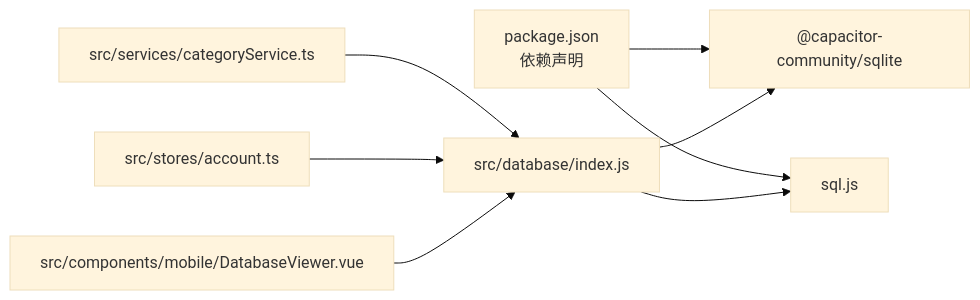
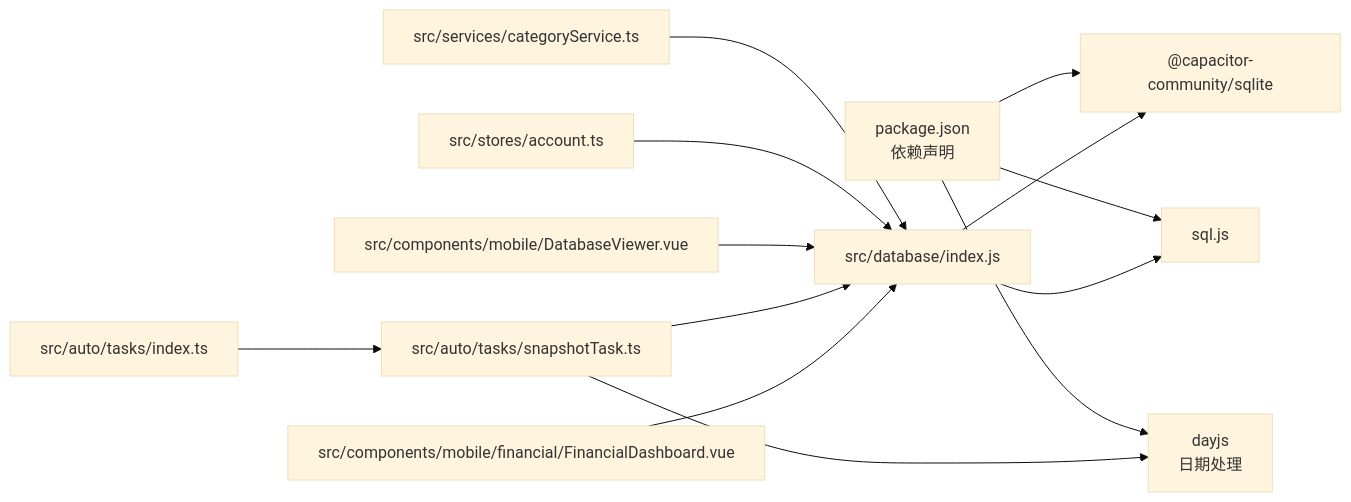
One commit to xiao-lin-unit/yuan changed the ninth of 9 diagrams in .qoder/repowiki/zh/content/数据库管理/数据库操作/数据库操作.md. Above: the diagram before and after it, drawn with Mermaid (base theme). The commit also changed other lines of this file and 9 other files, not shown here.

````diff
--- a/.qoder/repowiki/zh/content/数据库管理/数据库操作/数据库操作.md
+++ b/.qoder/repowiki/zh/content/数据库管理/数据库操作/数据库操作.md
@@ -326,10 +462,15 @@
 ```mermaid
 graph LR
 Pkg["package.json<br/>依赖声明"] --> CAP["@capacitor-community/sqlite"]
 Pkg --> SQLJS["sql.js"]
+Pkg --> DAYJS["dayjs<br/>日期处理"]
 IDX["src/database/index.js"] --> CAP
 IDX --> SQLJS
 SVC["src/services/categoryService.ts"] --> IDX
 STORE["src/stores/account.ts"] --> IDX
 UI["src/components/mobile/DatabaseViewer.vue"] --> IDX
+AUTOTASK["src/auto/tasks/snapshotTask.ts"] --> IDX
+AUTOTASK --> DAYJS
+DASHBOARD["src/components/mobile/financial/FinancialDashboard.vue"] --> IDX
+TASKREG["src/auto/tasks/index.ts"] --> AUTOTASK
 ```
````
